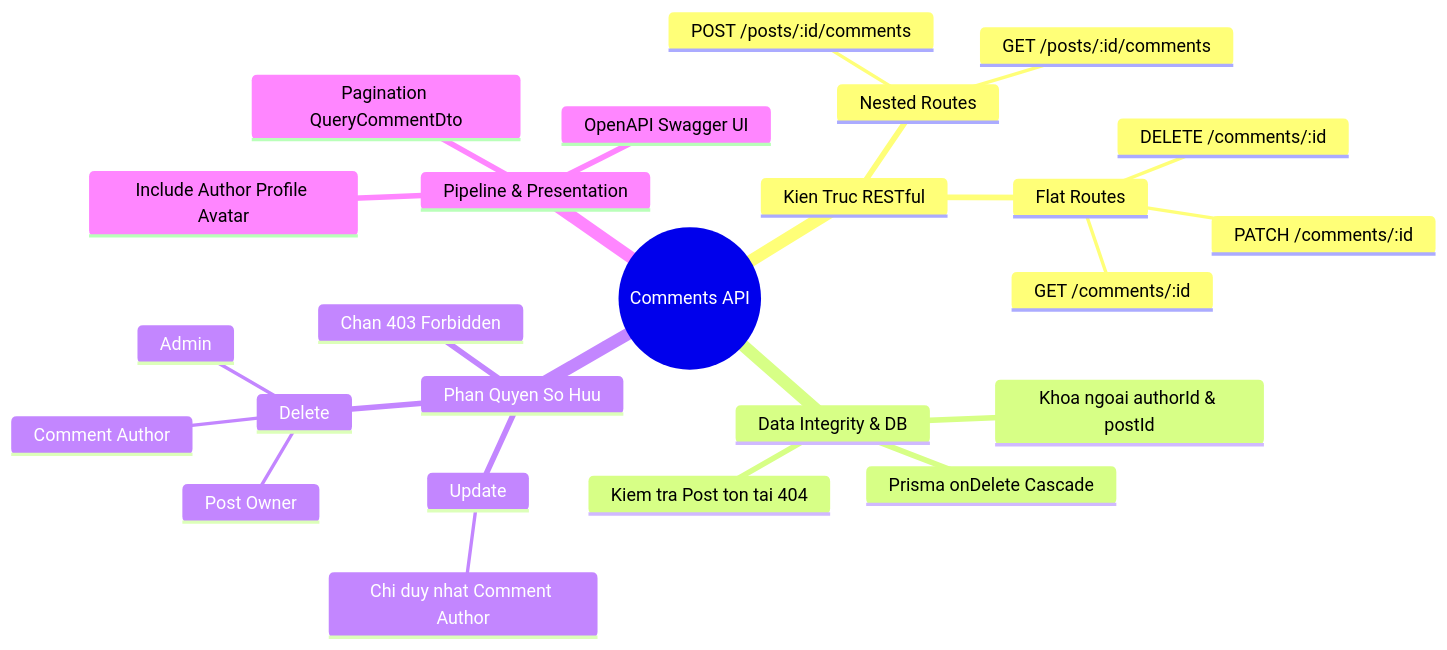
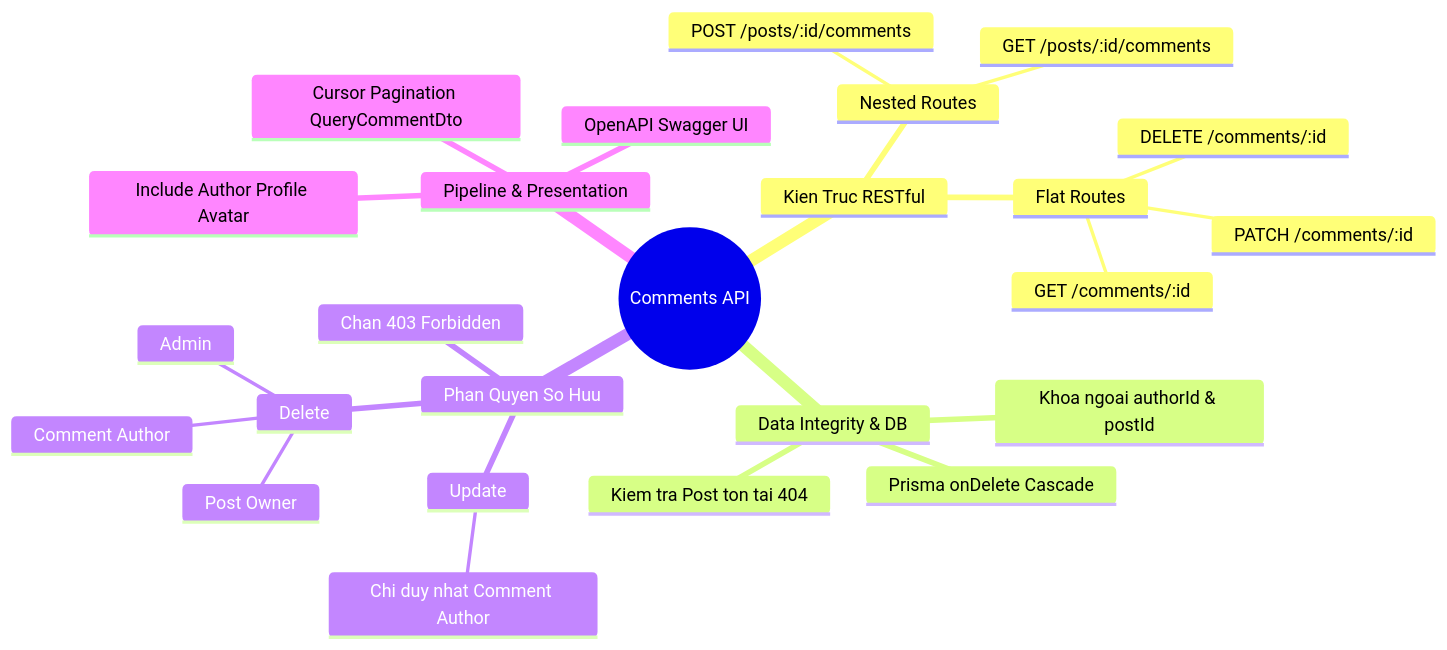
The second of 2 diagrams in docs/modules/module-05/lesson-5.4/lesson-5.4.md (thanhmati/nestjs-basic-course), drawn with Mermaid before and after one commit. The commit also changed other lines of this file, not shown here.

````diff
--- a/docs/modules/module-05/lesson-5.4/lesson-5.4.md
+++ b/docs/modules/module-05/lesson-5.4/lesson-5.4.md
@@ -889,28 +936,28 @@
 ```mermaid
 mindmap
   root((Comments API))
     Kien Truc RESTful
       Nested Routes
         POST /posts/:id/comments
         GET /posts/:id/comments
       Flat Routes
         GET /comments/:id
         PATCH /comments/:id
         DELETE /comments/:id
     Data Integrity & DB
       Kiem tra Post ton tai 404
       Khoa ngoai authorId & postId
       Prisma onDelete Cascade
     Phan Quyen So Huu
       Update
         Chi duy nhat Comment Author
       Delete
         Comment Author
         Post Owner
         Admin
       Chan 403 Forbidden
     Pipeline & Presentation
-      Pagination QueryCommentDto
+      Cursor Pagination QueryCommentDto
       Include Author Profile Avatar
       OpenAPI Swagger UI
 ```
````
